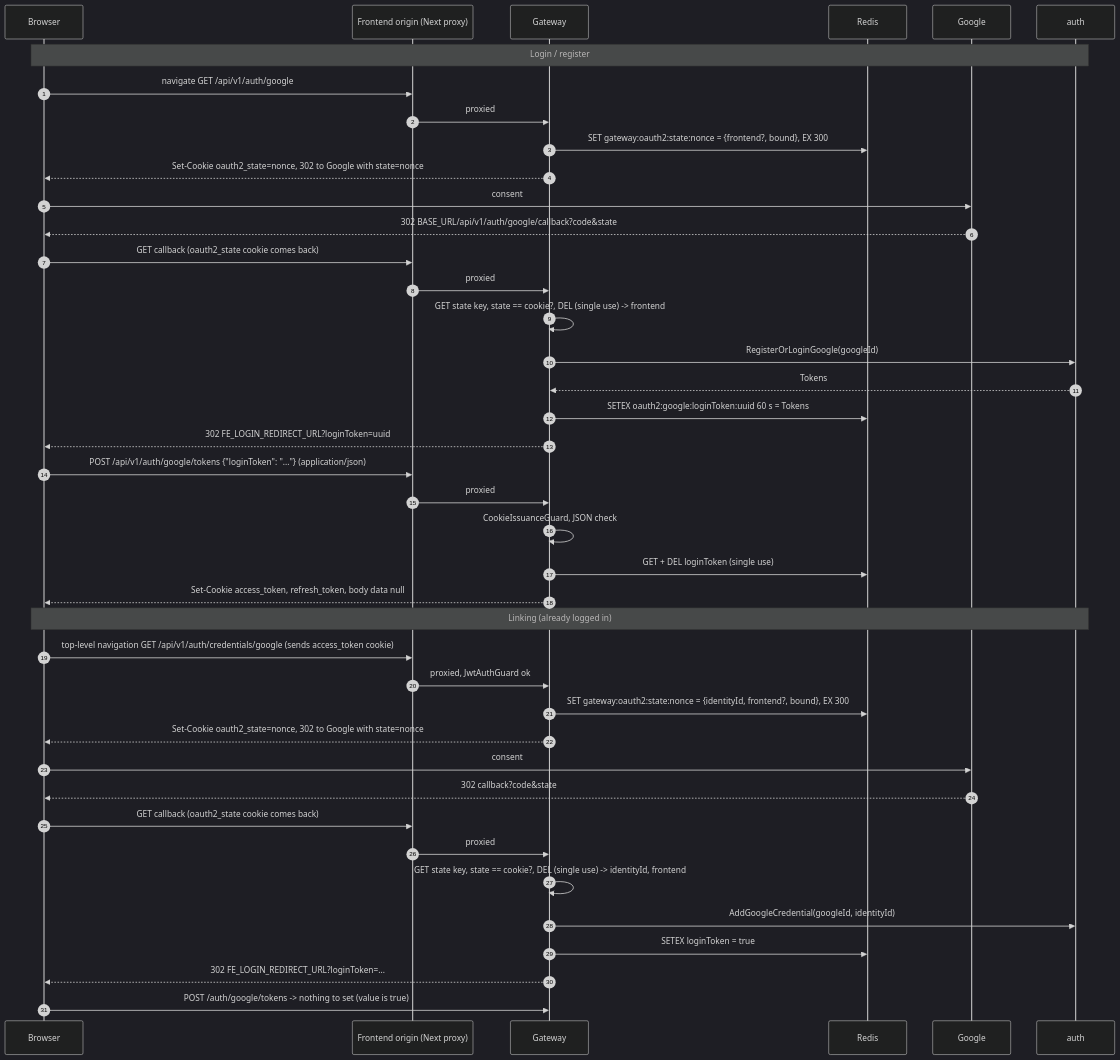
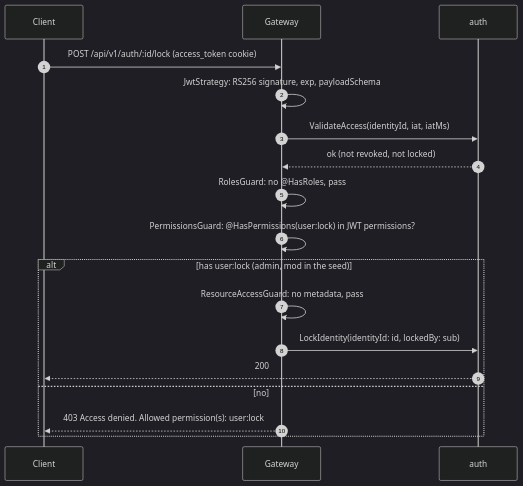
One commit to HDkit/meowlish changed the first of 4 diagrams in docs/architecture/authorization.md. Above: the diagram before and after it, drawn with Mermaid (dark theme). The commit also changed other lines of this file and 44 other files, not shown here.

````diff
--- a/docs/architecture/authorization.md
+++ b/docs/architecture/authorization.md
@@ -94,45 +107,21 @@
 ```mermaid
 sequenceDiagram
   autonumber
-  participant B as Browser
-  participant FE as Frontend origin (Next proxy)
+  participant C as Client
   participant G as Gateway
-  participant R as Redis
-  participant Go as Google
   participant A as auth
 
-  Note over B,A: Login / register
-  B->>FE: navigate GET /api/v1/auth/google
-  FE->>G: proxied
-  G->>R: SET gateway:oauth2:state:nonce = {frontend?, bound}, EX 300
-  G-->>B: Set-Cookie oauth2_state=nonce, 302 to Google with state=nonce
-  B->>Go: consent
-  Go-->>B: 302 BASE_URL/api/v1/auth/google/callback?code&state
-  B->>FE: GET callback (oauth2_state cookie comes back)
-  FE->>G: proxied
-  G->>G: GET state key, state == cookie?, DEL (single use) -> frontend
-  G->>A: RegisterOrLoginGoogle(googleId)
-  A-->>G: Tokens
-  G->>R: SETEX oauth2:google:loginToken:uuid 60 s = Tokens
-  G-->>B: 302 FE_LOGIN_REDIRECT_URL?loginToken=uuid
-  B->>FE: POST /api/v1/auth/google/tokens {"loginToken": "..."} (application/json)
-  FE->>G: proxied
-  G->>G: CookieIssuanceGuard, JSON check
-  G->>R: GET + DEL loginToken (single use)
-  G-->>B: Set-Cookie access_token, refresh_token, body data null
-
-  Note over B,A: Linking (already logged in)
-  B->>FE: top-level navigation GET /api/v1/auth/credentials/google (sends access_token cookie)
-  FE->>G: proxied, JwtAuthGuard ok
-  G->>R: SET gateway:oauth2:state:nonce = {identityId, frontend?, bound}, EX 300
-  G-->>B: Set-Cookie oauth2_state=nonce, 302 to Google with state=nonce
-  B->>Go: consent
-  Go-->>B: 302 callback?code&state
-  B->>FE: GET callback (oauth2_state cookie comes back)
-  FE->>G: proxied
-  G->>G: GET state key, state == cookie?, DEL (single use) -> identityId, frontend
-  G->>A: AddGoogleCredential(googleId, identityId)
-  G->>R: SETEX loginToken = true
-  G-->>B: 302 FE_LOGIN_REDIRECT_URL?loginToken=...
-  B->>G: POST /auth/google/tokens -> nothing to set (value is true)
+  C->>G: POST /api/v1/auth/:id/lock (access_token cookie)
+  G->>G: JwtStrategy: RS256 signature, exp, payloadSchema
+  G->>A: ValidateAccess(identityId, iat, iatMs)
+  A-->>G: ok (not revoked, not locked)
+  G->>G: RolesGuard: no @HasRoles, pass
+  G->>G: PermissionsGuard: @HasPermissions(user:lock) in JWT permissions?
+  alt has user:lock (admin, mod in the seed)
+    G->>G: ResourceAccessGuard: no metadata, pass
+    G->>A: LockIdentity(identityId: id, lockedBy: sub)
+    A-->>C: 200
+  else no
+    G-->>C: 403 Access denied. Allowed permission(s): user:lock
+  end
 ```
````
